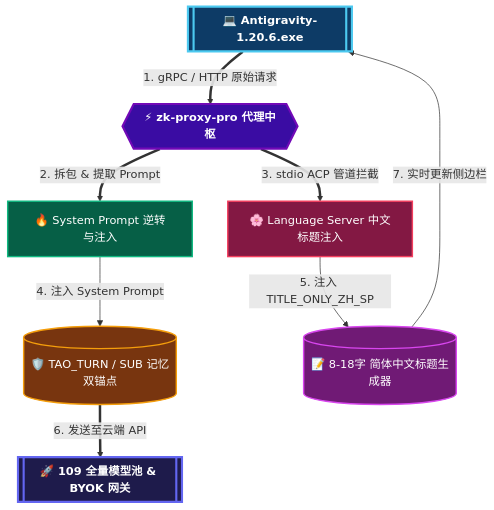
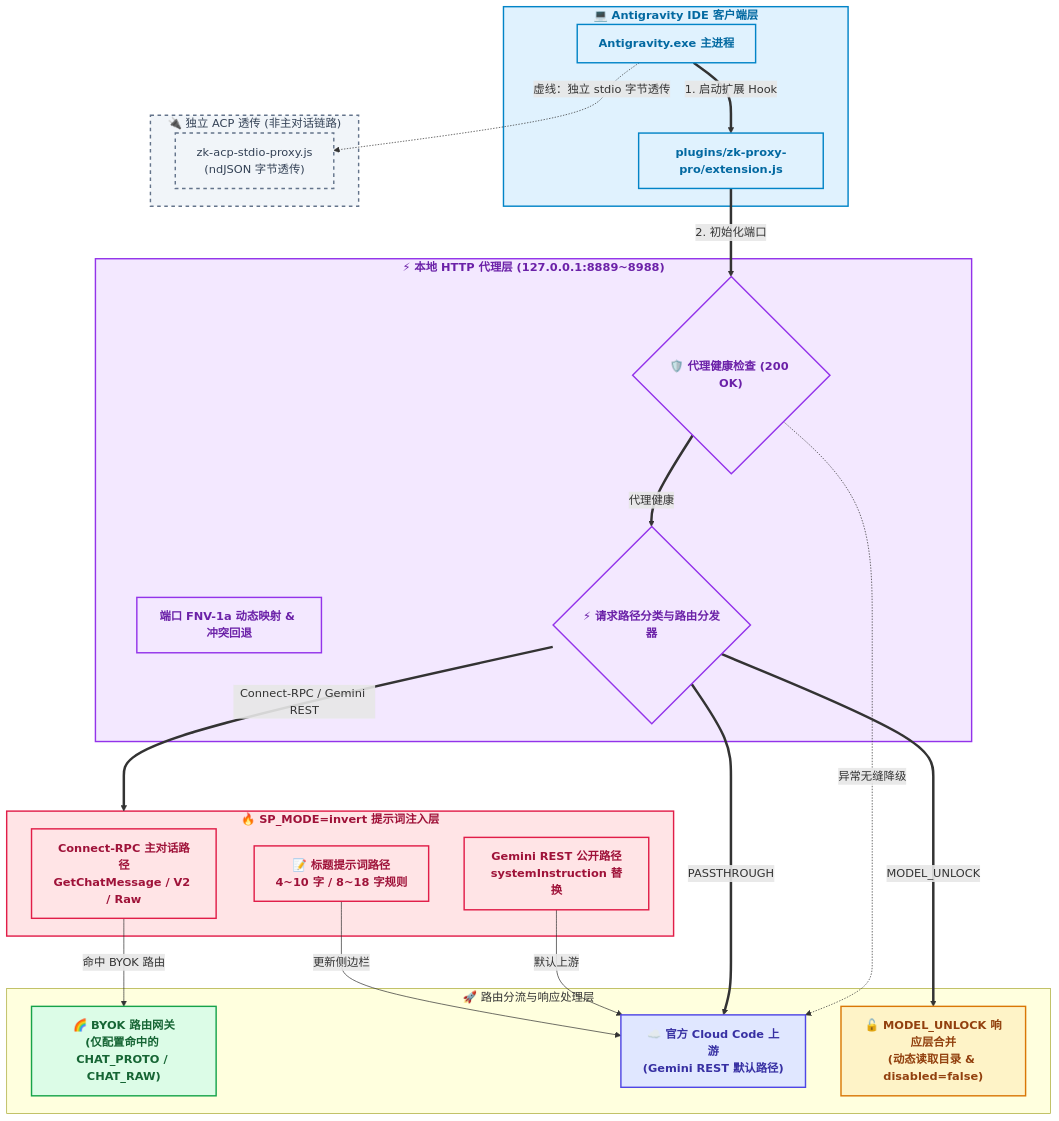
One commit to Huo-zai-feng-lang-li/Antigravity-Injection changed the first of 3 diagrams in README.md. Above: the diagram before and after it, drawn with Mermaid. The commit also changed other lines of this file and 6 other files, not shown here.

````diff
--- a/README.md
+++ b/README.md
@@ -35,40 +29,61 @@
 ```mermaid
 flowchart TD
-    IDE[["💻 Antigravity-1.20.6.exe"]]
-    PROXY{{"⚡ zk-proxy-pro 代理中枢"}}
-    
-    SUB_SP["🔥 System Prompt 逆转与注入"]
-    SUB_LS["🌸 Language Server 中文标题注入"]
-    
-    ANCHOR[("🛡️ TAO_TURN / SUB 记忆双锚点")]
-    TITLE_ZH[("📝 8-18字 简体中文标题生成器")]
-    
-    API_POOL[["🚀 109 全量模型池 & BYOK 网关"]]
+    subgraph Client["💻 Antigravity IDE 客户端层"]
+        IDE["Antigravity.exe 主进程"]
+        EXT["plugins/zk-proxy-pro/extension.js"]
+    end
 
-    IDE ==>|1. gRPC / HTTP 原始请求| PROXY
-    PROXY ==>|2. 拆包 & 提取 Prompt| SUB_SP
-    PROXY ==>|3. stdio ACP 管道拦截| SUB_LS
-    
-    SUB_SP -->|4. 注入 System Prompt| ANCHOR
-    SUB_LS -->|5. 注入 TITLE_ONLY_ZH_SP| TITLE_ZH
-    
-    ANCHOR ==>|6. 发送至云端 API| API_POOL
-    TITLE_ZH -->|7. 实时更新侧边栏| IDE
+    subgraph ProxyLayer["⚡ 本地 HTTP 代理层 (127.0.0.1:8889~8988)"]
+        PORT["端口 FNV-1a 动态映射 & 冲突回退"]
+        ROUTER{"⚡ 请求路径分类与路由分发器"}
+        FAIL_SAFE{"🛡️ 代理健康检查 (200 OK)"}
+    end
 
-    %% 绚丽彩色样式声明
-    classDef styleIDE fill:#0d3b66,stroke:#4cc9f0,stroke-width:3px,color:#ffffff,font-weight:bold;
-    classDef styleProxy fill:#3a0ca3,stroke:#7209b7,stroke-width:3px,color:#ffffff,font-weight:bold;
-    classDef styleSP fill:#065f46,stroke:#10b981,stroke-width:2px,color:#ffffff;
-    classDef styleLS fill:#831843,stroke:#f43f5e,stroke-width:2px,color:#ffffff;
-    classDef styleAnchor fill:#78350f,stroke:#f59e0b,stroke-width:2px,color:#ffffff;
-    classDef styleTitle fill:#701a75,stroke:#d946ef,stroke-width:2px,color:#ffffff;
-    classDef styleAPI fill:#1e1b4b,stroke:#6366f1,stroke-width:3px,color:#ffffff,font-weight:bold;
+    subgraph SP_Invert["🔥 SP_MODE=invert 提示词注入层"]
+        RPC_INVERT["Connect-RPC 主对话路径<br/>GetChatMessage / V2 / Raw"]
+        REST_INVERT["Gemini REST 公开路径<br/>systemInstruction 替换"]
+        TITLE_INVERT["📝 标题提示词路径<br/>4~10 字 / 8~18 字规则"]
+    end
 
-    class IDE styleIDE;
-    class PROXY styleProxy;
-    class SUB_SP styleSP;
-    class SUB_LS styleLS;
-    class ANCHOR styleAnchor;
-    class TITLE_ZH styleTitle;
-    class API_POOL styleAPI;
+    subgraph DirectRouting["🚀 路由分流与响应处理层"]
+        BYOK["🌈 BYOK 路由网关<br/>(仅配置命中的 CHAT_PROTO / CHAT_RAW)"]
+        CLOUD_CODE["☁️ 官方 Cloud Code 上游<br/>(Gemini REST 默认路径)"]
+        UNLOCK["🔓 MODEL_UNLOCK 响应层合并<br/>(动态读取目录 & disabled=false)"]
+    end
+
+    subgraph StandaloneACP["🔌 独立 ACP 透传 (非主对话链路)"]
+        ACP_SCRIPT["zk-acp-stdio-proxy.js<br/>(ndJSON 字节透传)"]
+    end
+
+    IDE ==>|1. 启动扩展 Hook| EXT
+    EXT ==>|2. 初始化端口| FAIL_SAFE
+    FAIL_SAFE ==>|代理健康| ROUTER
+    FAIL_SAFE -.->|异常无缝降级| CLOUD_CODE
+
+    ROUTER ==>|Connect-RPC / Gemini REST| SP_Invert
+    ROUTER ==>|MODEL_UNLOCK| UNLOCK
+    ROUTER ==>|PASSTHROUGH| CLOUD_CODE
+
+    RPC_INVERT -->|命中 BYOK 路由| BYOK
+    REST_INVERT -->|默认上游| CLOUD_CODE
+    TITLE_INVERT -->|更新侧边栏| CLOUD_CODE
+
+    IDE -.->|虚线：独立 stdio 字节透传| ACP_SCRIPT
+
+    %% 清爽高对比度样式组（浅底暗字，极为清晰）
+    classDef styleClient fill:#e0f2fe,stroke:#0284c7,stroke-width:2px,color:#0369a1,font-weight:bold;
+    classDef styleProxy fill:#f3e8ff,stroke:#9333ea,stroke-width:2px,color:#6b21a8,font-weight:bold;
+    classDef styleInvert fill:#ffe4e6,stroke:#e11d48,stroke-width:2px,color:#9f1239,font-weight:bold;
+    classDef styleBYOK fill:#dcfce7,stroke:#16a34a,stroke-width:2px,color:#166534,font-weight:bold;
+    classDef styleCloud fill:#e0e7ff,stroke:#4f46e5,stroke-width:2px,color:#3730a3,font-weight:bold;
+    classDef styleUnlock fill:#fef3c7,stroke:#d97706,stroke-width:2px,color:#92400e,font-weight:bold;
+    classDef styleACP fill:#f1f5f9,stroke:#64748b,stroke-width:2px,stroke-dasharray:5 5,color:#334155;
+
+    class Client,IDE,EXT styleClient;
+    class ProxyLayer,PORT,ROUTER,FAIL_SAFE styleProxy;
+    class SP_Invert,RPC_INVERT,REST_INVERT,TITLE_INVERT styleInvert;
+    class BYOK styleBYOK;
+    class CLOUD_CODE styleCloud;
+    class UNLOCK styleUnlock;
+    class StandaloneACP,ACP_SCRIPT styleACP;
 ```
````
